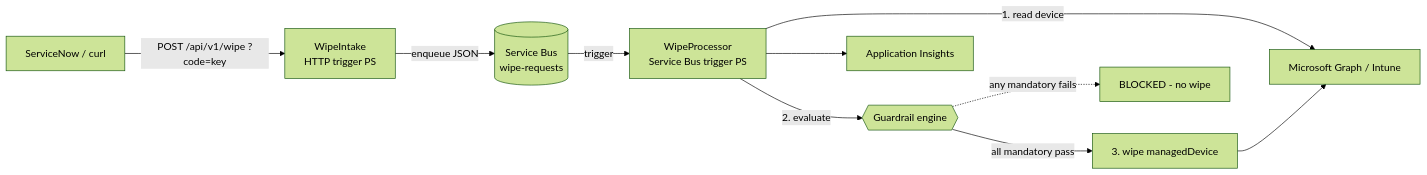
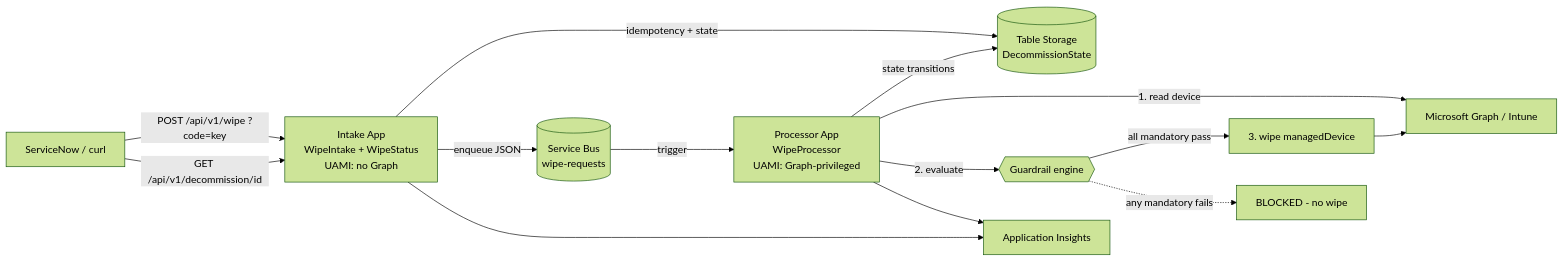
Before and after one commit to robgrame/Asset-Terminator: the diagram in poc-powershell/README.md, drawn with Mermaid (forest theme). The commit also changed other lines of this file, not shown here.

Commit message:
docs(poc): update README for two-app split, dual UAMI, Table state store and status endpoint

````diff
--- a/poc-powershell/README.md
+++ b/poc-powershell/README.md
@@ -16,12 +16,15 @@
 ```mermaid
 flowchart LR
-    Caller[ServiceNow / curl] -->|POST /api/v1/wipe ?code=key| Intake[WipeIntake<br/>HTTP trigger PS]
+    Caller[ServiceNow / curl] -->|POST /api/v1/wipe ?code=key| Intake[Intake App<br/>WipeIntake + WipeStatus<br/>UAMI: no Graph]
+    Intake -->|idempotency + state| T[(Table Storage<br/>DecommissionState)]
     Intake -->|enqueue JSON| Q[(Service Bus<br/>wipe-requests)]
-    Q -->|trigger| Proc[WipeProcessor<br/>Service Bus trigger PS]
+    Q -->|trigger| Proc[Processor App<br/>WipeProcessor<br/>UAMI: Graph-privileged]
+    Proc -->|state transitions| T
     Proc -->|1. read device| Graph[Microsoft Graph / Intune]
     Proc -->|2. evaluate| GR{{Guardrail engine}}
     GR -->|all mandatory pass| Wipe[3. wipe managedDevice]
     GR -.->|any mandatory fails| Blocked[BLOCKED - no wipe]
     Wipe --> Graph
-    Proc --> AI[Application Insights]
+    Intake & Proc --> AI[Application Insights]
+    Caller -->|GET /api/v1/decommission/id| Intake
 ```
````
